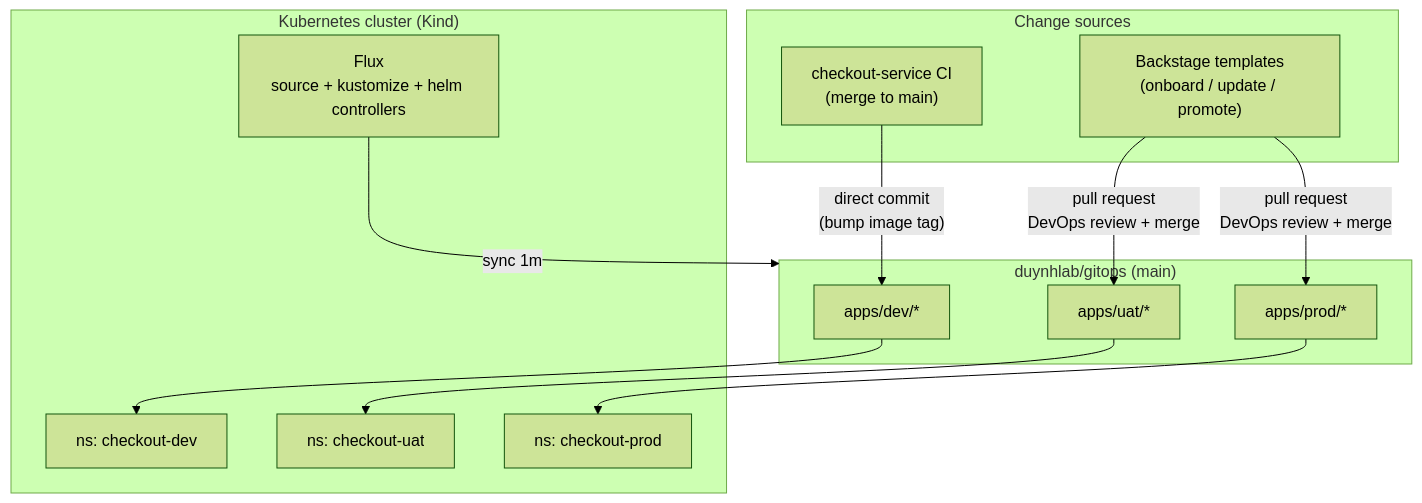
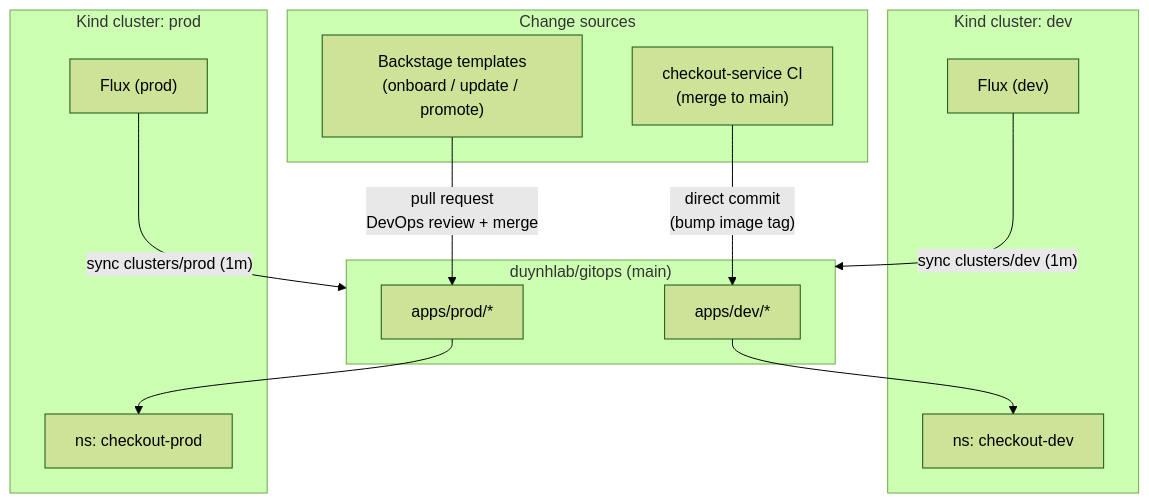
One commit to duynhlab/gitops changed the first of 2 diagrams in README.md. Above: the diagram before and after it, drawn with Mermaid (forest theme). The commit also changed other lines of this file and 8 other files, not shown here.

First line of the commit message:
Split Flux entrypoints per environment cluster

````diff
--- a/README.md
+++ b/README.md
@@ -11,28 +11,28 @@
 ```mermaid
 flowchart TD
     subgraph sources ["Change sources"]
         CI["checkout-service CI\n(merge to main)"]
         BS["Backstage templates\n(onboard / update / promote)"]
     end
 
     subgraph repo ["duynhlab/gitops (main)"]
         DevDir["apps/dev/*"]
-        UatDir["apps/uat/*"]
         ProdDir["apps/prod/*"]
     end
 
-    subgraph cluster ["Kubernetes cluster (Kind)"]
-        Flux["Flux\nsource + kustomize + helm controllers"]
+    subgraph devcluster ["Kind cluster: dev"]
+        FluxDev["Flux (dev)"]
         DevNS["ns: checkout-dev"]
-        UatNS["ns: checkout-uat"]
+    end
+    subgraph prodcluster ["Kind cluster: prod"]
+        FluxProd["Flux (prod)"]
         ProdNS["ns: checkout-prod"]
     end
 
     CI -->|"direct commit\n(bump image tag)"| DevDir
-    BS -->|"pull request\nDevOps review + merge"| UatDir
     BS -->|"pull request\nDevOps review + merge"| ProdDir
-    Flux -->|"sync 1m"| repo
+    FluxDev -->|"sync clusters/dev (1m)"| repo
+    FluxProd -->|"sync clusters/prod (1m)"| repo
     DevDir --> DevNS
-    UatDir --> UatNS
     ProdDir --> ProdNS
 ```
````
